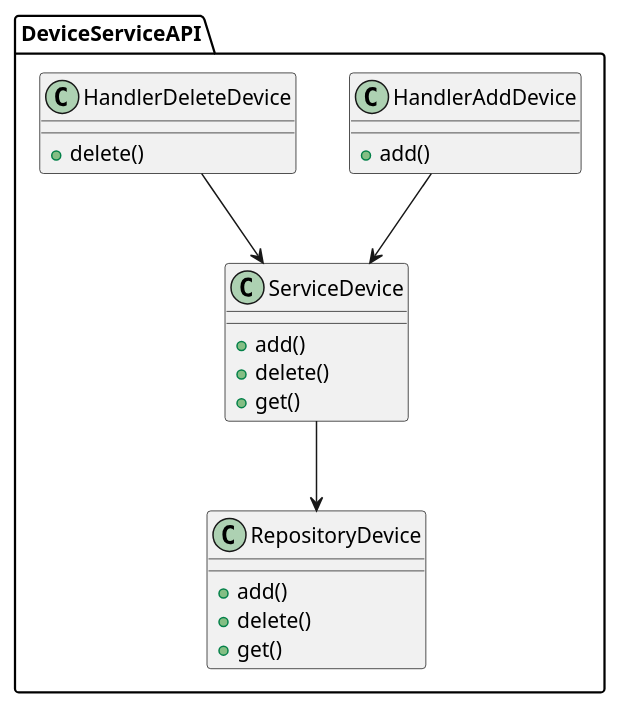
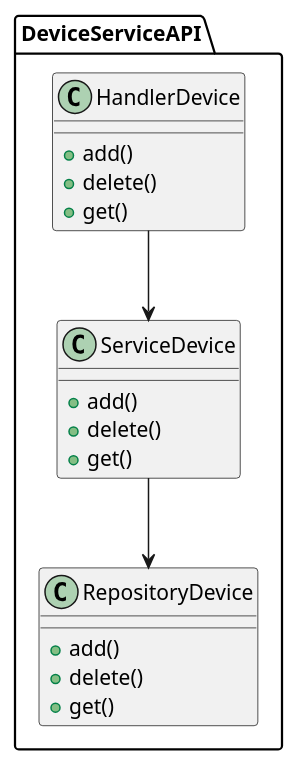
Before and after one commit to arefev/warmhouse: the diagram in schemas/src/code/smarthome_device_service_api_code.puml, drawn with PlantUML. The commit also changed 2 other files, not shown here.

Commit message:
warmhouse: device service api

```diff
--- a/schemas/src/code/smarthome_device_service_api_code.puml
+++ b/schemas/src/code/smarthome_device_service_api_code.puml
@@ -1,30 +1,27 @@
 @startuml SmartHomeDeviceServiceAPICode
 
 package DeviceServiceAPI {
-    class HandlerAddDevice {
+    class HandlerDevice {
         +add()
-    }
-
-    class HandlerDeleteDevice {
         +delete()
+        +get()
     }
 
     class ServiceDevice{
         +add()
         +delete()
         +get()
     }
 
     class RepositoryDevice {
         +add()
         +delete()
         +get()
     }
 
-    HandlerAddDevice --> ServiceDevice
-    HandlerDeleteDevice --> ServiceDevice
+    HandlerDevice --> ServiceDevice
     ServiceDevice --> RepositoryDevice
 }
 
 
 @enduml
```
